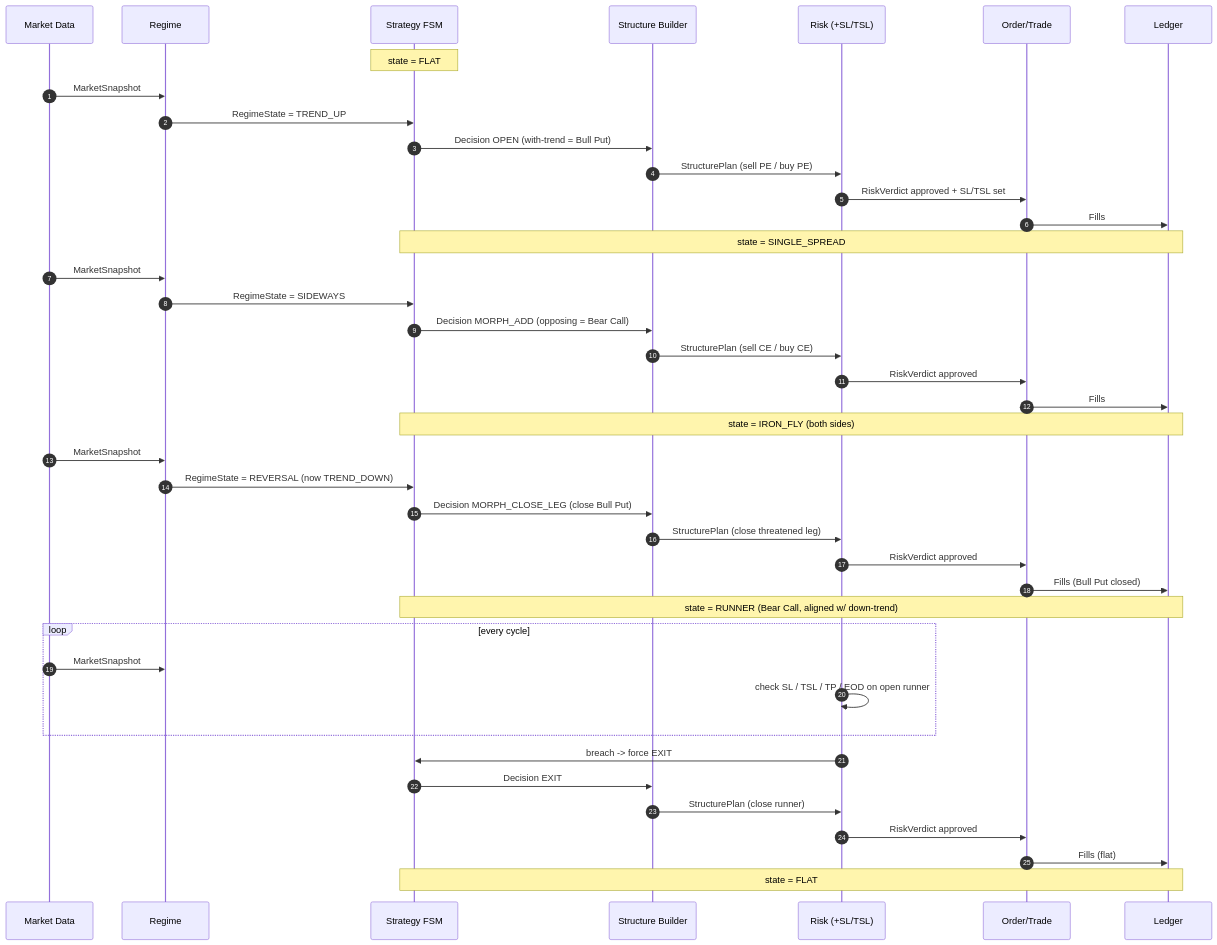
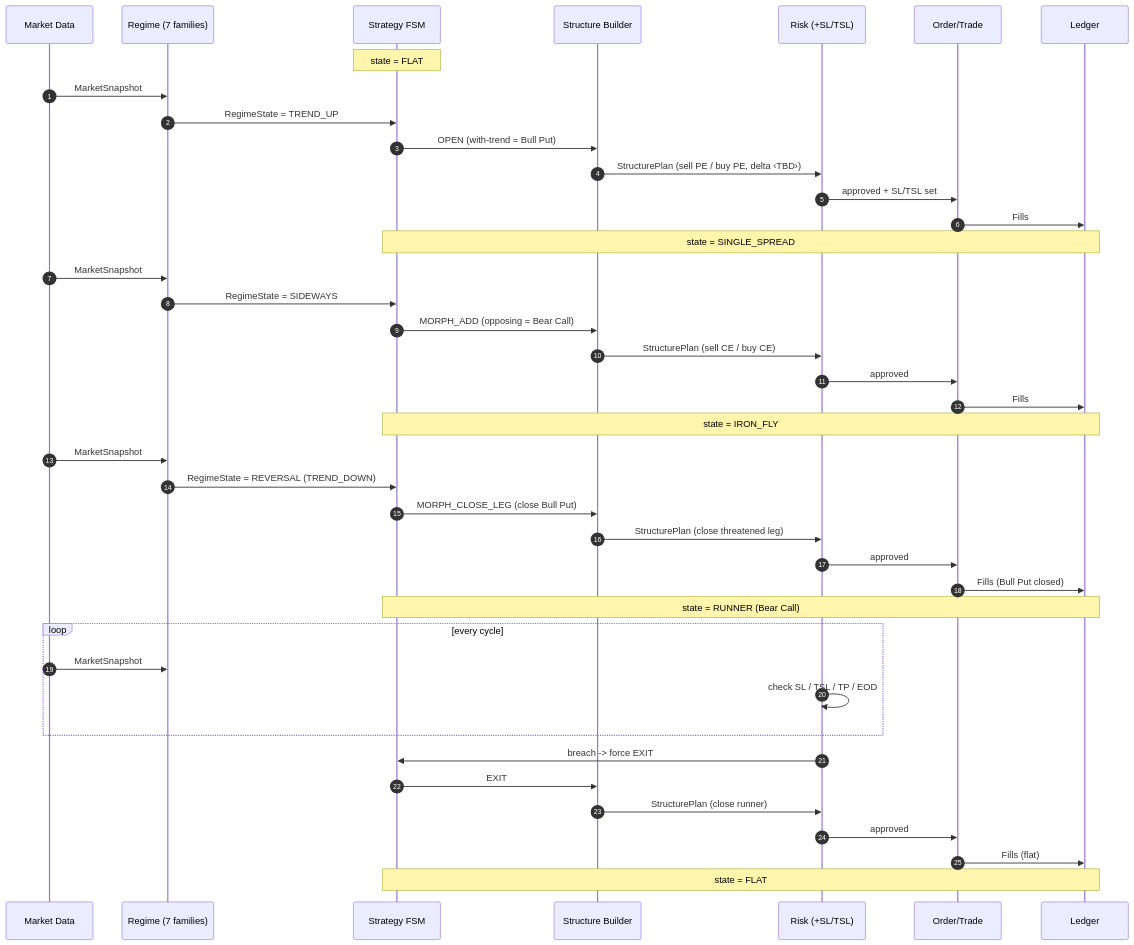
Before and after one commit to venkatseshadri/ATOM: the diagram in FUNCTIONAL_DESIGN.md, drawn with Mermaid. The commit also changed other lines of this file and 2 other files, not shown here.

````diff
--- a/FUNCTIONAL_DESIGN.md
+++ b/FUNCTIONAL_DESIGN.md
@@ -79,54 +70,47 @@
 ```mermaid
 sequenceDiagram
     autonumber
     participant MD as Market Data
-    participant RG as Regime
+    participant RG as Regime (7 families)
     participant FSM as Strategy FSM
     participant SB as Structure Builder
     participant RK as Risk (+SL/TSL)
     participant OE as Order/Trade
     participant LG as Ledger
 
     Note over FSM: state = FLAT
-
-    %% --- ENTRY: trend up -> bull put spread ---
     MD->>RG: MarketSnapshot
     RG->>FSM: RegimeState = TREND_UP
-    FSM->>SB: Decision OPEN (with-trend = Bull Put)
-    SB->>RK: StructurePlan (sell PE / buy PE)
-    RK->>OE: RiskVerdict approved + SL/TSL set
+    FSM->>SB: OPEN (with-trend = Bull Put)
+    SB->>RK: StructurePlan (sell PE / buy PE, delta ‹TBD›)
+    RK->>OE: approved + SL/TSL set
     OE->>LG: Fills
     Note over FSM,LG: state = SINGLE_SPREAD
 
-    %% --- MORPH: sideways -> add opposing spread = iron fly ---
     MD->>RG: MarketSnapshot
     RG->>FSM: RegimeState = SIDEWAYS
-    FSM->>SB: Decision MORPH_ADD (opposing = Bear Call)
+    FSM->>SB: MORPH_ADD (opposing = Bear Call)
     SB->>RK: StructurePlan (sell CE / buy CE)
-    RK->>OE: RiskVerdict approved
+    RK->>OE: approved
     OE->>LG: Fills
-    Note over FSM,LG: state = IRON_FLY (both sides)
+    Note over FSM,LG: state = IRON_FLY
 
-    %% --- REVERSAL: trend down -> close threatened leg, keep runner ---
     MD->>RG: MarketSnapshot
-    RG->>FSM: RegimeState = REVERSAL (now TREND_DOWN)
-    FSM->>SB: Decision MORPH_CLOSE_LEG (close Bull Put)
+    RG->>FSM: RegimeState = REVERSAL (TREND_DOWN)
+    FSM->>SB: MORPH_CLOSE_LEG (close Bull Put)
     SB->>RK: StructurePlan (close threatened leg)
-    RK->>OE: RiskVerdict approved
+    RK->>OE: approved
     OE->>LG: Fills (Bull Put closed)
-    Note over FSM,LG: state = RUNNER (Bear Call, aligned w/ down-trend)
+    Note over FSM,LG: state = RUNNER (Bear Call)
 
-    %% --- RUNNER managed by trailing stop ---
     loop every cycle
         MD->>RG: MarketSnapshot
-        RK->>RK: check SL / TSL / TP / EOD on open runner
+        RK->>RK: check SL / TSL / TP / EOD
     end
-
-    %% --- EXIT ---
     RK->>FSM: breach -> force EXIT
-    FSM->>SB: Decision EXIT
+    FSM->>SB: EXIT
     SB->>RK: StructurePlan (close runner)
-    RK->>OE: RiskVerdict approved
+    RK->>OE: approved
     OE->>LG: Fills (flat)
     Note over FSM,LG: state = FLAT
 ```
````
